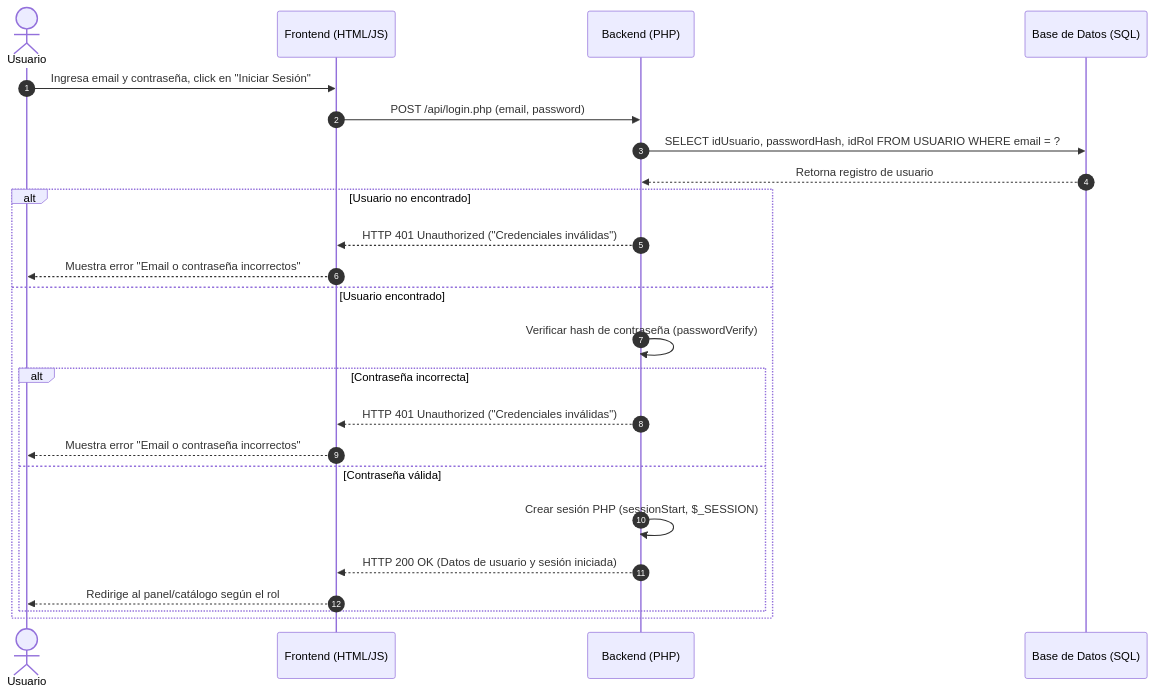
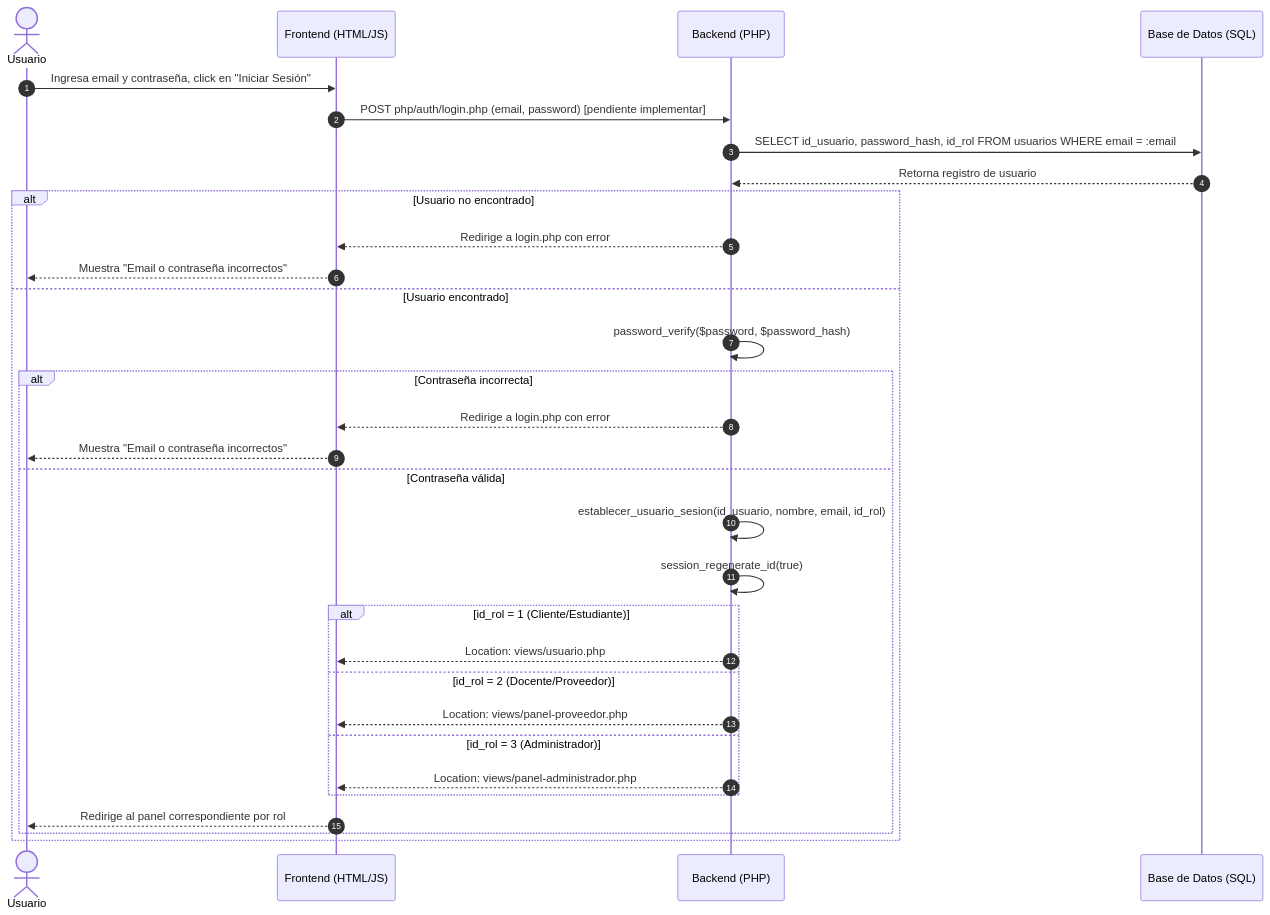
One commit to Matiuz06/Proyecto_TIS_Classia changed the second of 7 diagrams in docs/diagramas_de_secuencia_classia.md. Above: the diagram before and after it, drawn with Mermaid. The commit also changed other lines of this file and 8 other files, not shown here.

````diff
--- a/docs/diagramas_de_secuencia_classia.md
+++ b/docs/diagramas_de_secuencia_classia.md
@@ -47,30 +60,39 @@
 ```mermaid
 sequenceDiagram
     autonumber
     actor usuario as Usuario
     participant frontend as Frontend (HTML/JS)
     participant backend as Backend (PHP)
     participant db as Base de Datos (SQL)
 
     usuario ->> frontend: Ingresa email y contraseña, click en "Iniciar Sesión"
-    frontend ->> backend: POST /api/login.php (email, password)
+    frontend ->> backend: POST php/auth/login.php (email, password) [pendiente implementar]
     
-    backend ->> db: SELECT idUsuario, passwordHash, idRol FROM USUARIO WHERE email = ?
+    backend ->> db: SELECT id_usuario, password_hash, id_rol FROM usuarios WHERE email = :email
     db -->> backend: Retorna registro de usuario
     
     alt Usuario no encontrado
-        backend -->> frontend: HTTP 401 Unauthorized ("Credenciales inválidas")
-        frontend -->> usuario: Muestra error "Email o contraseña incorrectos"
+        backend -->> frontend: Redirige a login.php con error
+        frontend -->> usuario: Muestra "Email o contraseña incorrectos"
     else Usuario encontrado
-        backend ->> backend: Verificar hash de contraseña (passwordVerify)
+        backend ->> backend: password_verify($password, $password_hash)
         
         alt Contraseña incorrecta
-            backend -->> frontend: HTTP 401 Unauthorized ("Credenciales inválidas")
-            frontend -->> usuario: Muestra error "Email o contraseña incorrectos"
+            backend -->> frontend: Redirige a login.php con error
+            frontend -->> usuario: Muestra "Email o contraseña incorrectos"
         else Contraseña válida
-            backend ->> backend: Crear sesión PHP (sessionStart, $_SESSION)
-            backend -->> frontend: HTTP 200 OK (Datos de usuario y sesión iniciada)
-            frontend -->> usuario: Redirige al panel/catálogo según el rol
+            backend ->> backend: establecer_usuario_sesion(id_usuario, nombre, email, id_rol)
+            backend ->> backend: session_regenerate_id(true)
+            
+            alt id_rol = 1 (Cliente/Estudiante)
+                backend -->> frontend: Location: views/usuario.php
+            else id_rol = 2 (Docente/Proveedor)
+                backend -->> frontend: Location: views/panel-proveedor.php
+            else id_rol = 3 (Administrador)
+                backend -->> frontend: Location: views/panel-administrador.php
+            end
+            
+            frontend -->> usuario: Redirige al panel correspondiente por rol
         end
     end
 ```
````
